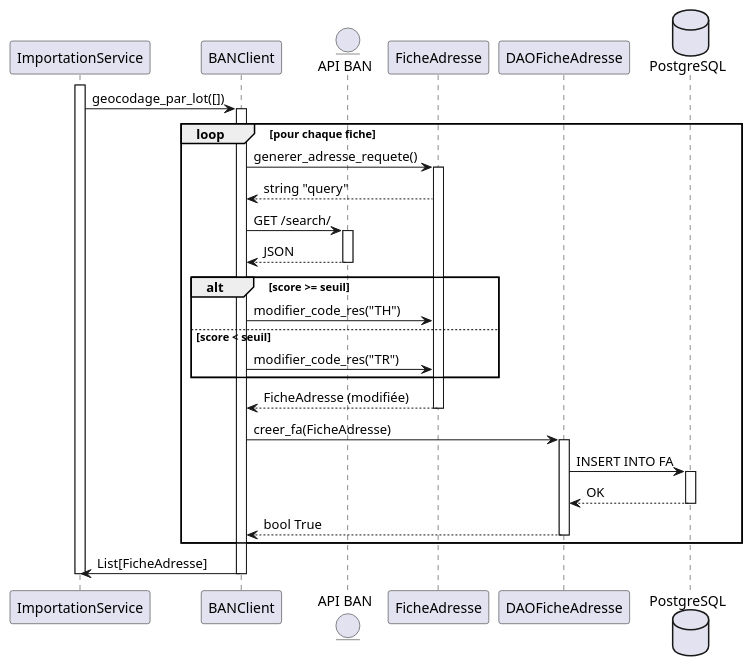
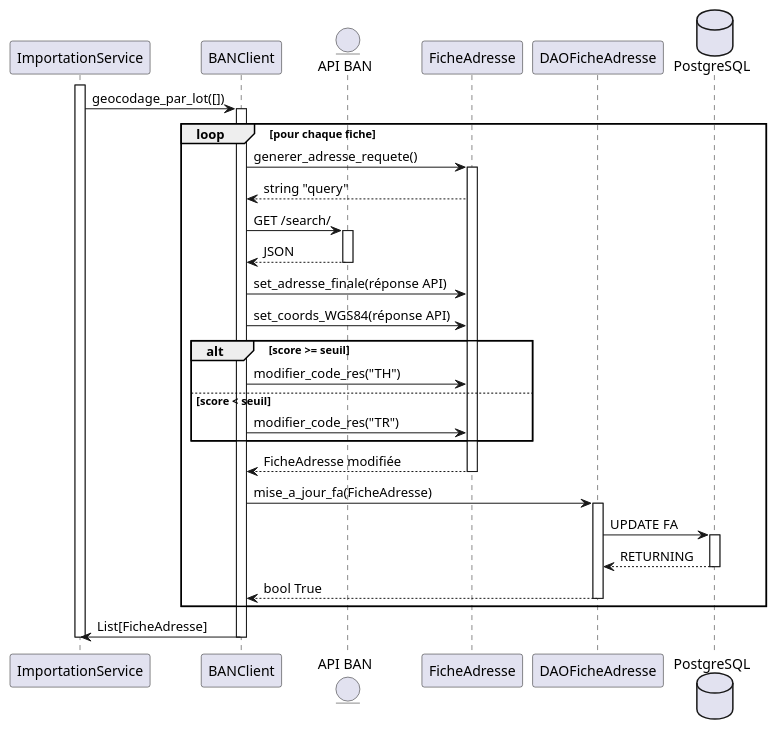
Before and after one commit to itsame-mcl/PSyCoQuAC: the diagram in uml/diag_sequence_api.puml, drawn with PlantUML.

Commit message:
MAJ Séquence UML

```diff
--- a/uml/diag_sequence_api.puml
+++ b/uml/diag_sequence_api.puml
@@ -1,39 +1,41 @@
 @startuml "sequence_api"
 participant ImportationService as Importation
 participant BANClient as Client
 entity "API BAN" as BAN
 participant FicheAdresse as FA
 participant DAOFicheAdresse as DAO
 database PostgreSQL as SQL
 
 activate Importation
 Importation -> Client : geocodage_par_lot([])
 activate Client
 loop pour chaque fiche
     Client -> FA : generer_adresse_requete()
     activate FA
     Client <-- FA : string "query"
     Client -> BAN : GET /search/
     activate BAN
     Client <-- BAN : JSON
     deactivate BAN
+    Client -> FA : set_adresse_finale(réponse API)
+    Client -> FA : set_coords_WGS84(réponse API)
     alt score >= seuil
     Client -> FA : modifier_code_res("TH")
     else score < seuil
     Client -> FA : modifier_code_res("TR")
     end
-    Client <-- FA : FicheAdresse (modifiée)
+    Client <-- FA : FicheAdresse modifiée
     deactivate FA
-    Client -> DAO : creer_fa(FicheAdresse)
+    Client -> DAO : mise_a_jour_fa(FicheAdresse)
     activate DAO
-    DAO -> SQL : INSERT INTO FA
+    DAO -> SQL : UPDATE FA
     activate SQL
-    DAO <-- SQL : OK
+    DAO <-- SQL : RETURNING
     deactivate SQL
     Client <-- DAO : bool True
     deactivate DAO
 end
 Importation <- Client : List[FicheAdresse]
 deactivate Client
 deactivate Importation
 @enduml
```
